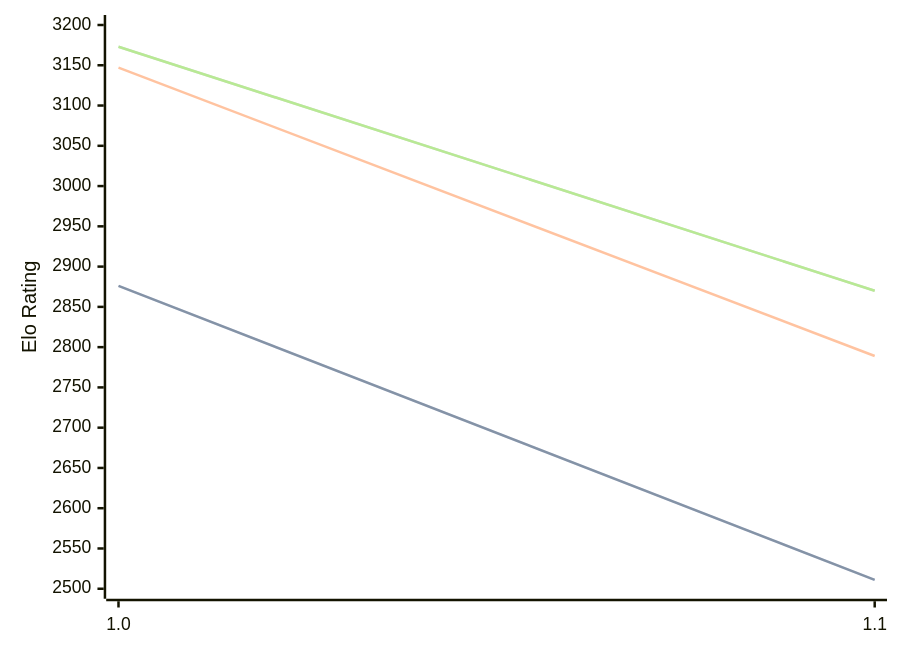
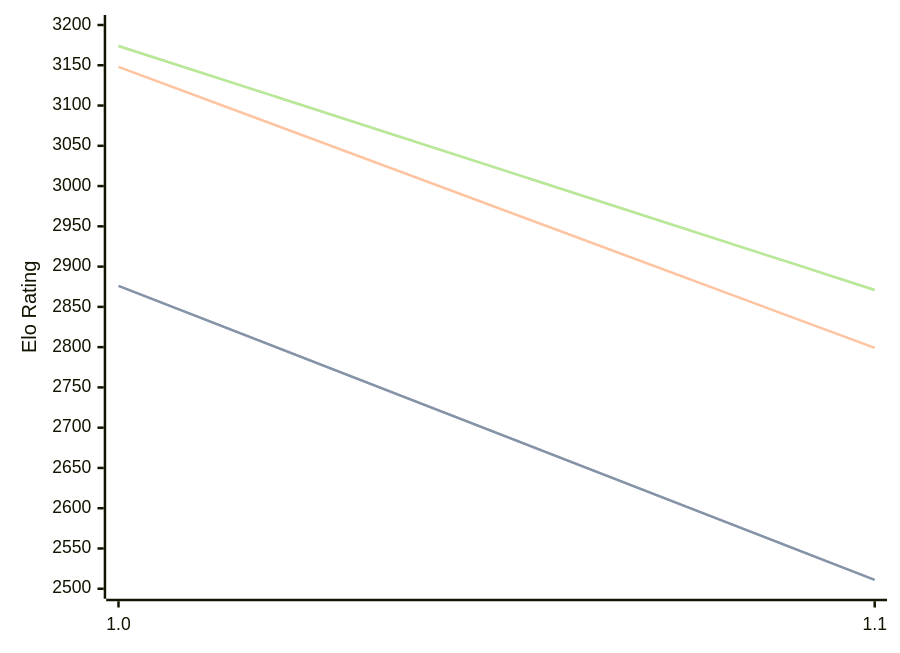
One commit to computer-chess-index/cci changed the diagram in engines/Publius.md. Above: the diagram before and after it, drawn with Mermaid. The commit also changed other lines of this file, not shown here.

Commit message:
Update CCI Ratings (ELO VLTC) - 2026-04-19

````diff
--- a/engines/Publius.md
+++ b/engines/Publius.md
@@ -32,11 +32,11 @@
 ```mermaid
 %%{init: {"theme":"base","themeVariables":{"seriesColors:['#a3a3a3','#222221','#faa371']}}}%%
 xychart-beta
   x-axis ["1.0", "1.1"]
   y-axis "Elo Rating" 2500 --> 3200
   line "STC (8.0+0.08s)" [2876, 2511]
   line "STC (8.0+0.08s)" [2876, 2511]
-  line "LTC (60.0+0.60s)" [3147, 2789]
-  line "VLTC (2m24s+1.12s)" [3173, 2870]
-  line "VLTC (2m24s+1.12s)" [3173, 2870]
+  line "LTC (60.0+0.60s)" [3148, 2799]
+  line "VLTC (2m24s+1.12s)" [3174, 2871]
+  line "VLTC (2m24s+1.12s)" [3174, 2871]
 ```
````
